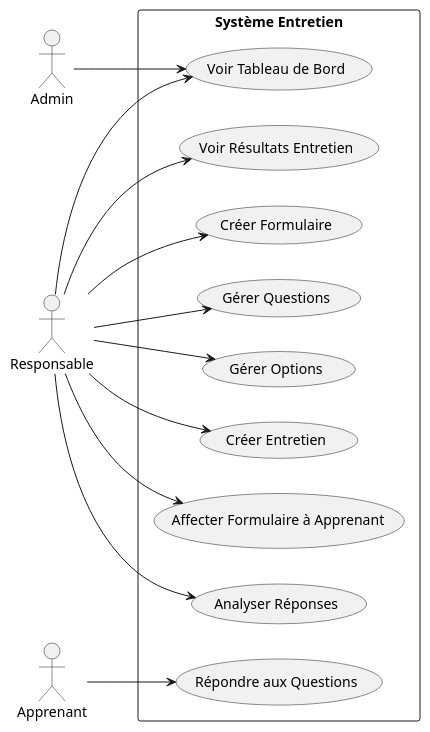
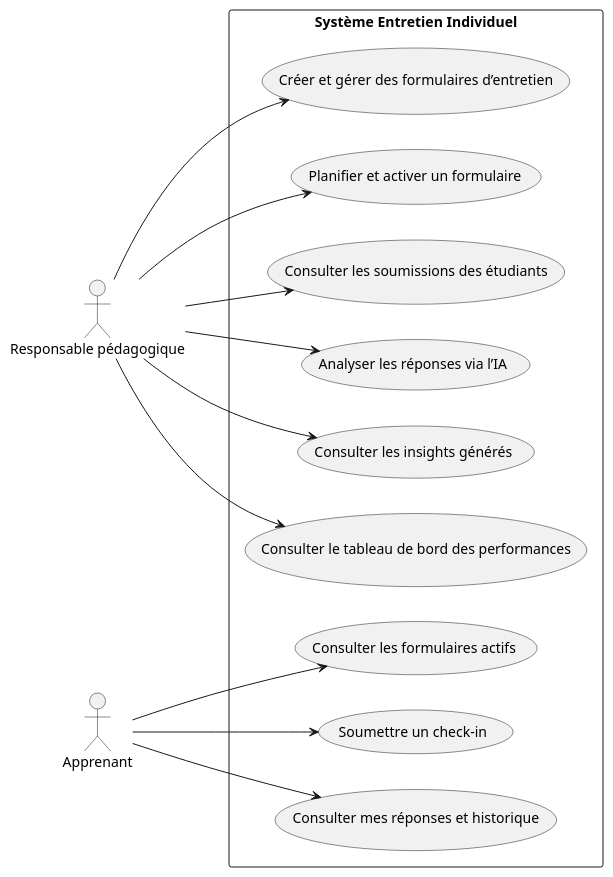
Before and after one commit to bardichoussama/FileRouge: the diagram in Branche Fonctionnelle/Analyse/UseCaseGeneral.puml, drawn with PlantUML. The commit also changed 348 other files, not shown here.

```diff
--- a/Branche Fonctionnelle/Analyse/UseCaseGeneral.puml
+++ b/Branche Fonctionnelle/Analyse/UseCaseGeneral.puml
@@ -1,33 +1,34 @@
 @startuml
 left to right direction
 
-actor Admin
-actor Responsable
-actor Apprenant
+actor "Responsable pédagogique" as Resp
+actor "Apprenant" as Etu
 
-rectangle "Système Entretien" {
-  usecase "Créer Formulaire" as UC1
-  usecase "Gérer Questions" as UC2
-  usecase "Gérer Options" as UC3
-  usecase "Créer Entretien" as UC4
-  usecase "Affecter Formulaire à Apprenant" as UC5
-  usecase "Voir Tableau de Bord" as UC6
-  usecase "Répondre aux Questions" as UC7
-  usecase "Voir Résultats Entretien" as UC8
-  usecase "Analyser Réponses" as UC9
+rectangle "Système Entretien Individuel" {
+
+  ' Responsable
+  usecase UC1 as "Créer et gérer des formulaires d’entretien"
+  usecase UC2 as "Planifier et activer un formulaire"
+  usecase UC3 as "Consulter les soumissions des étudiants"
+  usecase UC4 as "Analyser les réponses via l’IA"
+  usecase UC5 as "Consulter les insights générés"
+  usecase UC6 as "Consulter le tableau de bord des performances"
+
+  ' Apprenant
+  usecase UC7 as "Consulter les formulaires actifs"
+  usecase UC8 as "Soumettre un check-in"
+  usecase UC9 as "Consulter mes réponses et historique"
+  
+  Resp --> UC1
+  Resp --> UC2
+  Resp --> UC3
+  Resp --> UC4
+  Resp --> UC5
+  Resp --> UC6
+
+  Etu --> UC7
+  Etu --> UC8
+  Etu --> UC9
 }
 
-Responsable --> UC1
-Responsable --> UC2
-Responsable --> UC3
-Responsable --> UC4
-Responsable --> UC5
-Responsable --> UC6
-Responsable --> UC8
-Responsable --> UC9
-
-Apprenant --> UC7
-
-Admin --> UC6
-
 @enduml
```
